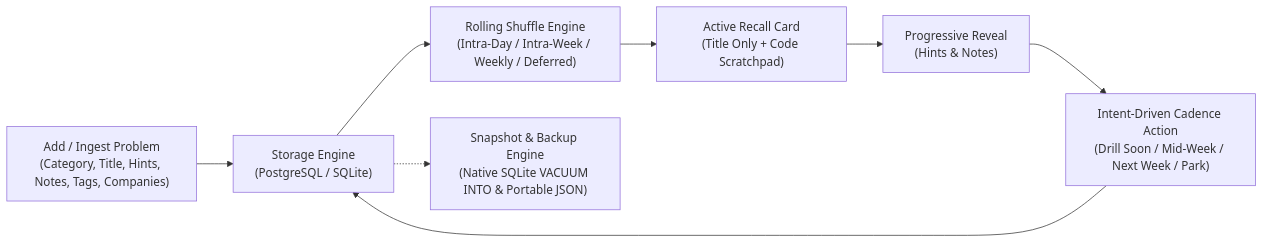
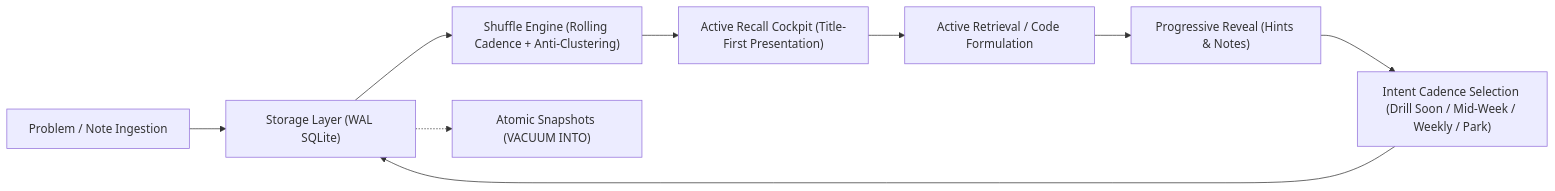
One commit to 92fueler/brain_shuffle changed the first of 6 diagrams in docs/DESIGN.md. Above: the diagram before and after it, drawn with Mermaid. The commit also changed other lines of this file and 13 other files, not shown here.

First line of the commit message:
feat: add category management, dual-track notes, color-coded themes, and unified sticky shell

````diff
--- a/docs/DESIGN.md
+++ b/docs/DESIGN.md
@@ -13,11 +22,11 @@
 ```mermaid
 flowchart LR
-    A["Add / Ingest Problem\n(Category, Title, Hints, Notes, Tags, Companies)"] --> B["Storage Engine\n(PostgreSQL / SQLite)"]
-    B --> C["Rolling Shuffle Engine\n(Intra-Day / Intra-Week / Weekly / Deferred)"]
-    D["Active Recall Card\n(Title Only + Code Scratchpad)"]
-    C --> D
-    D --> E["Progressive Reveal\n(Hints & Notes)"]
-    E --> F["Intent-Driven Cadence Action\n(Drill Soon / Mid-Week / Next Week / Park)"]
-    F --> B
-    B -.-> G["Snapshot & Backup Engine\n(Native SQLite VACUUM INTO & Portable JSON)"]
+    A["Problem / Note Ingestion"] --> B["Storage Layer (WAL SQLite)"]
+    B --> C["Shuffle Engine (Rolling Cadence + Anti-Clustering)"]
+    C --> D["Active Recall Cockpit (Title-First Presentation)"]
+    D --> E["Active Retrieval / Code Formulation"]
+    E --> F["Progressive Reveal (Hints & Notes)"]
+    F --> G["Intent Cadence Selection (Drill Soon / Mid-Week / Weekly / Park)"]
+    G --> B
+    B -.-> H["Atomic Snapshots (VACUUM INTO)"]
 ```
````
